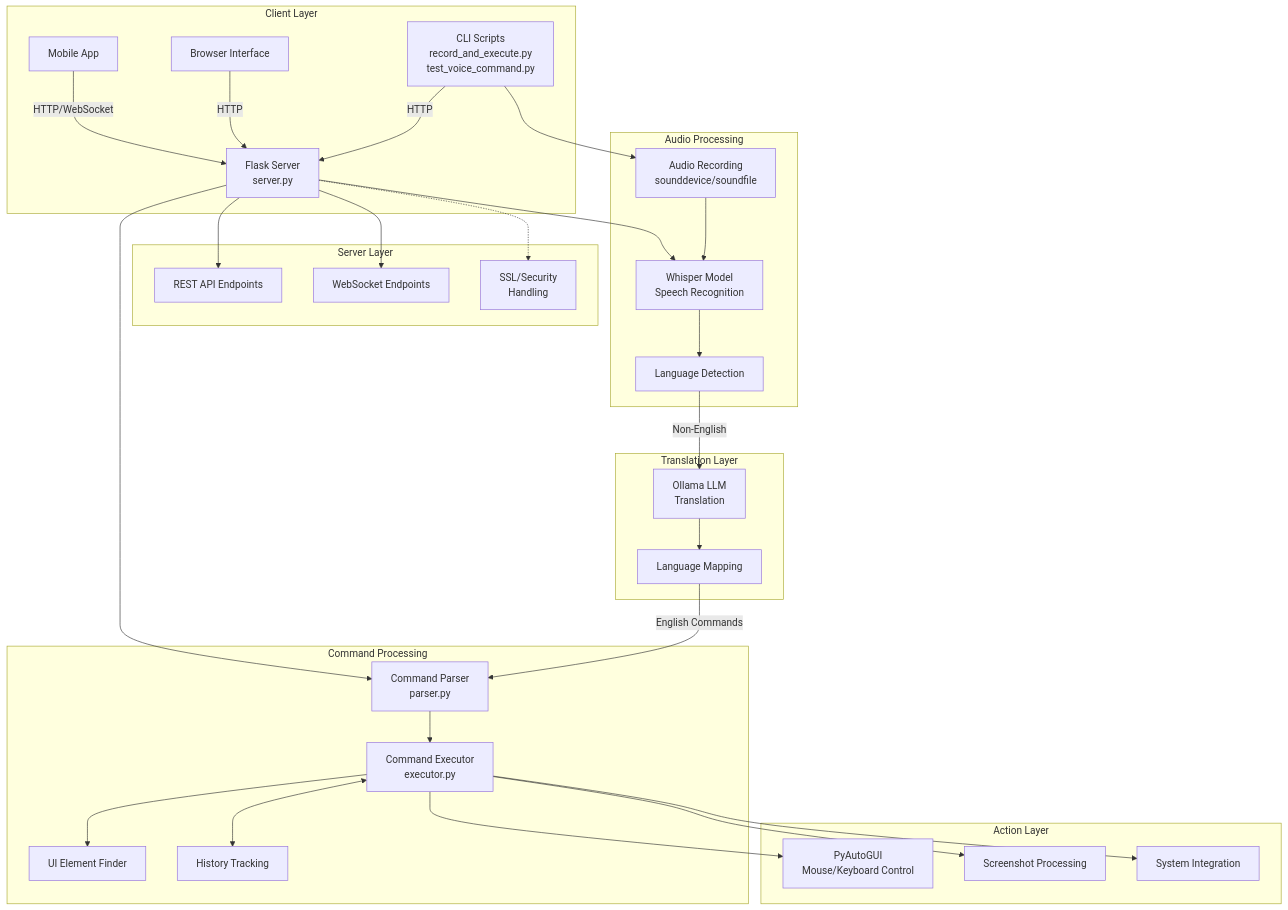
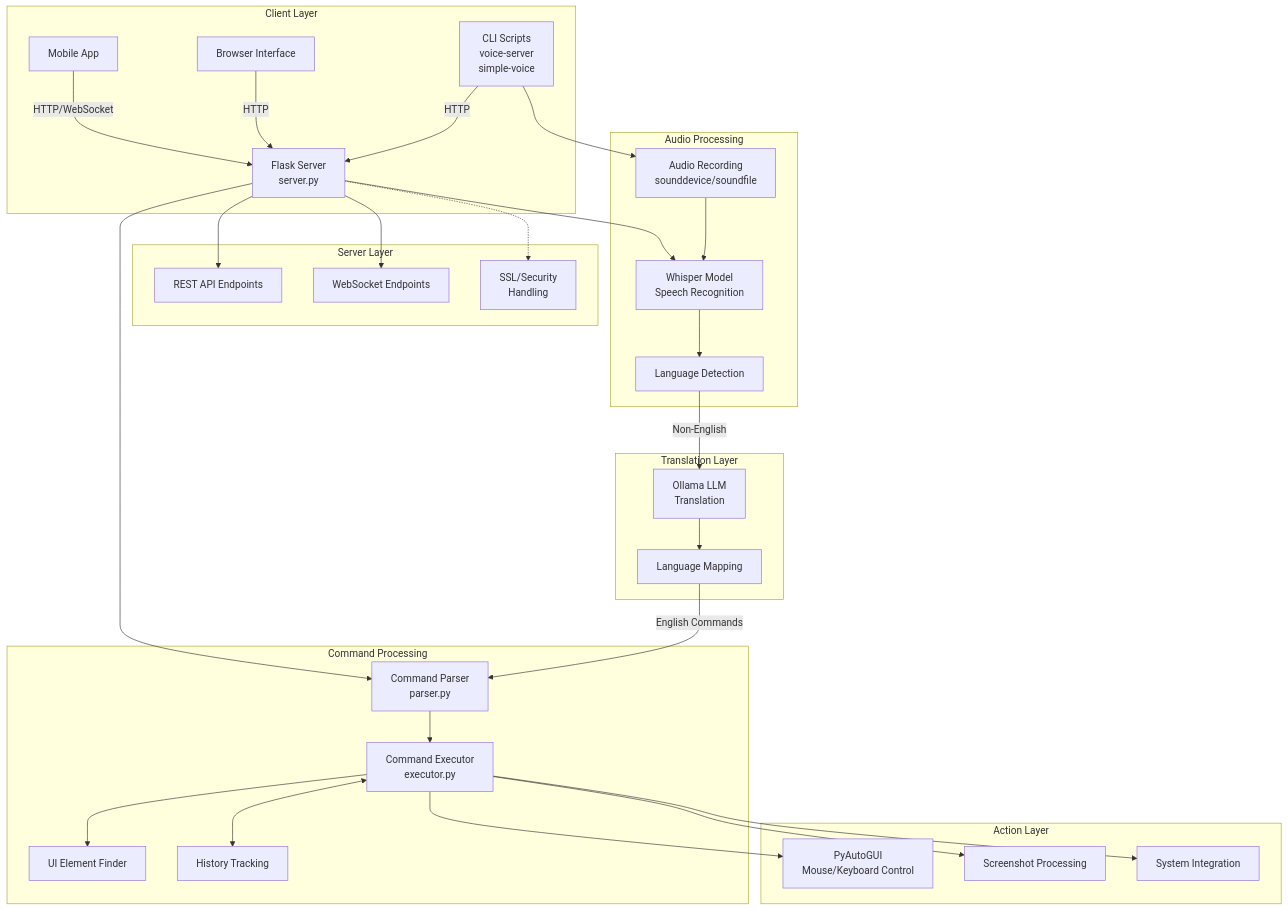
The first of 5 diagrams in docs/diagram.md (pnmartinez/simple-computer-use), drawn with Mermaid before and after one commit. The commit also changed other lines of this file and 4 other files, not shown here.

````diff
--- a/docs/diagram.md
+++ b/docs/diagram.md
@@ -5,62 +5,62 @@
 ```mermaid
 graph TD
     subgraph "Client Layer"
         A1[Mobile App] -->|HTTP/WebSocket| B1
         A2[Browser Interface] -->|HTTP| B1
-        A3[CLI Scripts<br>record_and_execute.py<br>test_voice_command.py] -->|HTTP| B1
+        A3[CLI Scripts<br>voice-server<br>simple-voice] -->|HTTP| B1
     end
     
     subgraph "Server Layer"
         B1[Flask Server<br>server.py]
         B2[REST API Endpoints]
         B3[WebSocket Endpoints]
         B1 --> B2
         B1 --> B3
         
         B4[SSL/Security<br>Handling]
         B1 -.-> B4
     end
     
     subgraph "Audio Processing"
         C1[Whisper Model<br>Speech Recognition]
         C2[Audio Recording<br>sounddevice/soundfile]
         C3[Language Detection]
         
         B1 --> C1
         A3 --> C2
         C2 --> C1
         C1 --> C3
     end
     
     subgraph "Translation Layer"
         D1[Ollama LLM<br>Translation] 
         D2[Language Mapping]
         
         C3 -->|Non-English| D1
         D1 --> D2
     end
     
     subgraph "Command Processing"
         E1[Command Parser<br>parser.py]
         E2[Command Executor<br>executor.py]
         E3[UI Element Finder]
         E4[History Tracking]
         
         B1 --> E1
         E1 --> E2
         E2 --> E3
         E2 <--> E4
     end
     
     subgraph "Action Layer"
         F1[PyAutoGUI<br>Mouse/Keyboard Control]
         F2[Screenshot Processing]
         F3[System Integration]
         
         E2 --> F1
         E2 --> F2
         E2 --> F3
     end
     
     D2 -->|English Commands| E1
 ```
````
